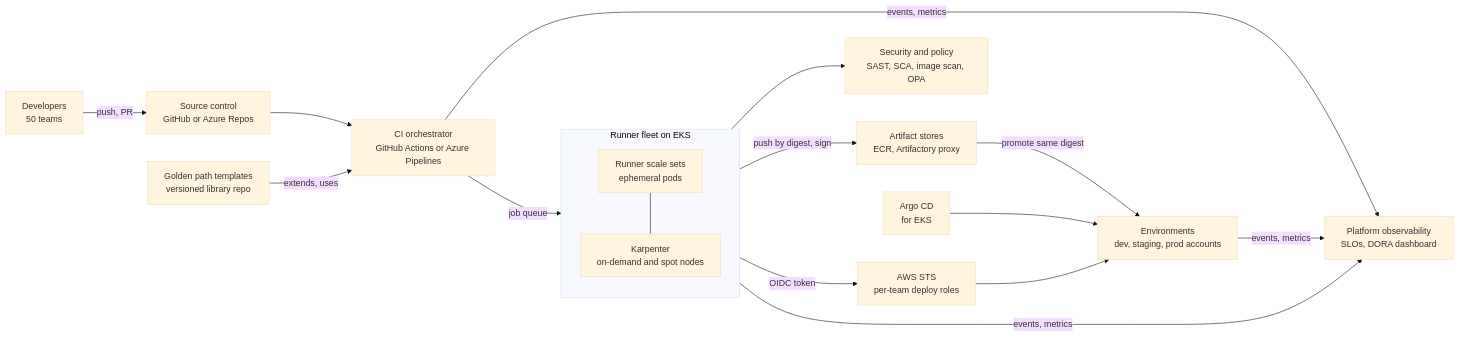
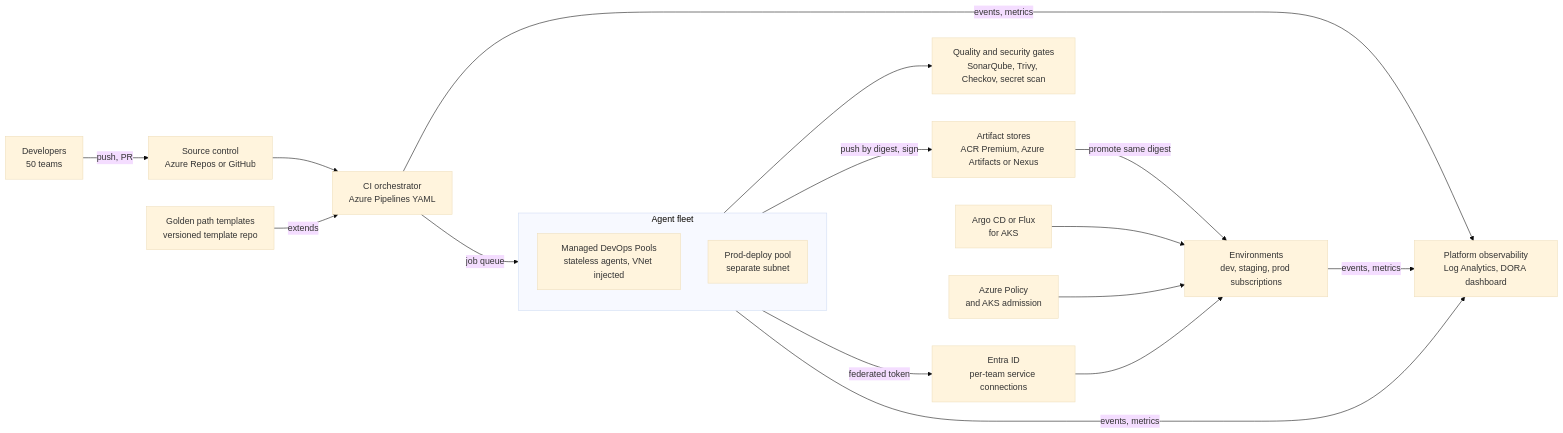
The diagram in system-design/02-cicd-platform-for-50-teams.md (SivaKumarMahan/interview-questions), drawn with Mermaid (base theme) before and after one commit. The commit also changed other lines of this file and 5 other files, not shown here.

````diff
--- a/system-design/02-cicd-platform-for-50-teams.md
+++ b/system-design/02-cicd-platform-for-50-teams.md
@@ -23,19 +23,19 @@
 ```mermaid
 flowchart LR
-    DEV["Developers<br/>50 teams"] -->|"push, PR"| SCM["Source control<br/>GitHub or Azure Repos"]
-    SCM --> ORCH["CI orchestrator<br/>GitHub Actions or Azure Pipelines"]
-    TPL["Golden path templates<br/>versioned library repo"] -->|"extends, uses"| ORCH
+    DEV["Developers<br/>50 teams"] -->|"push, PR"| SCM["Source control<br/>Azure Repos or GitHub"]
+    SCM --> ORCH["CI orchestrator<br/>Azure Pipelines YAML"]
+    TPL["Golden path templates<br/>versioned template repo"] -->|"extends"| ORCH
     ORCH -->|"job queue"| RUN
-    subgraph RUN["Runner fleet on EKS"]
-        ARC["Runner scale sets<br/>ephemeral pods"]
-        KAR["Karpenter<br/>on-demand and spot nodes"]
-        ARC --- KAR
+    subgraph RUN["Agent fleet"]
+        MDP["Managed DevOps Pools<br/>stateless agents, VNet injected"]
+        PRODPOOL["Prod-deploy pool<br/>separate subnet"]
     end
-    RUN --> SEC["Security and policy<br/>SAST, SCA, image scan, OPA"]
-    RUN -->|"push by digest, sign"| ART["Artifact stores<br/>ECR, Artifactory proxy"]
-    RUN -->|"OIDC token"| STS["AWS STS<br/>per-team deploy roles"]
-    STS --> ENV["Environments<br/>dev, staging, prod accounts"]
+    RUN --> SEC["Quality and security gates<br/>SonarQube, Trivy, Checkov, secret scan"]
+    RUN -->|"push by digest, sign"| ART["Artifact stores<br/>ACR Premium, Azure Artifacts or Nexus"]
+    RUN -->|"federated token"| ENTRA["Entra ID<br/>per-team service connections"]
+    ENTRA --> ENV["Environments<br/>dev, staging, prod subscriptions"]
     ART -->|"promote same digest"| ENV
-    GITOPS["Argo CD<br/>for EKS"] --> ENV
-    ORCH & RUN & ENV -->|"events, metrics"| OBS["Platform observability<br/>SLOs, DORA dashboard"]
+    GITOPS["Argo CD or Flux<br/>for AKS"] --> ENV
+    POL["Azure Policy<br/>and AKS admission"] --> ENV
+    ORCH & RUN & ENV -->|"events, metrics"| OBS["Platform observability<br/>Log Analytics, DORA dashboard"]
 ```
````
